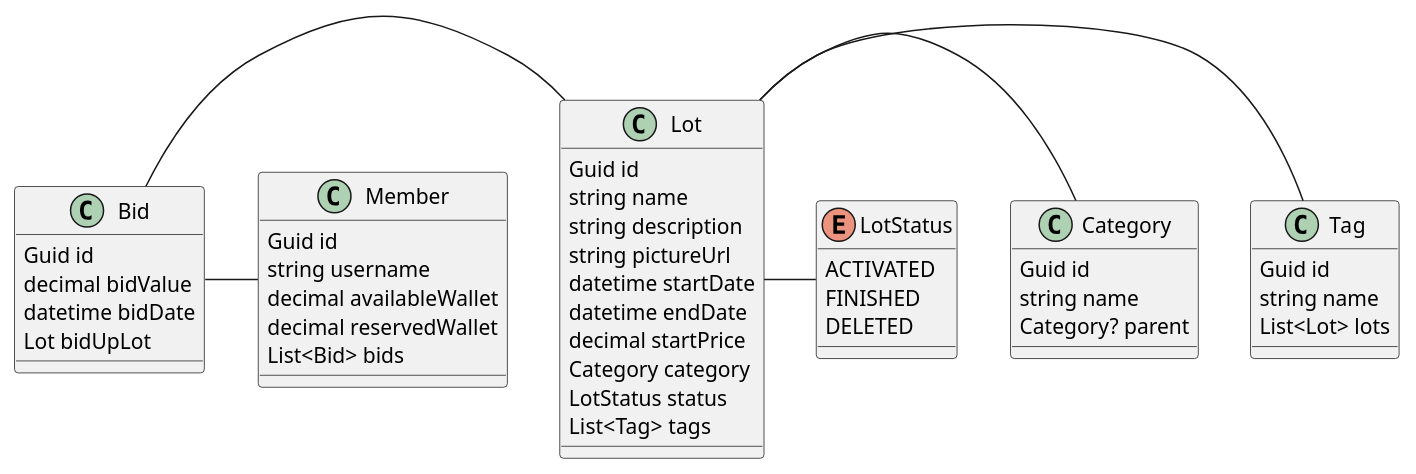
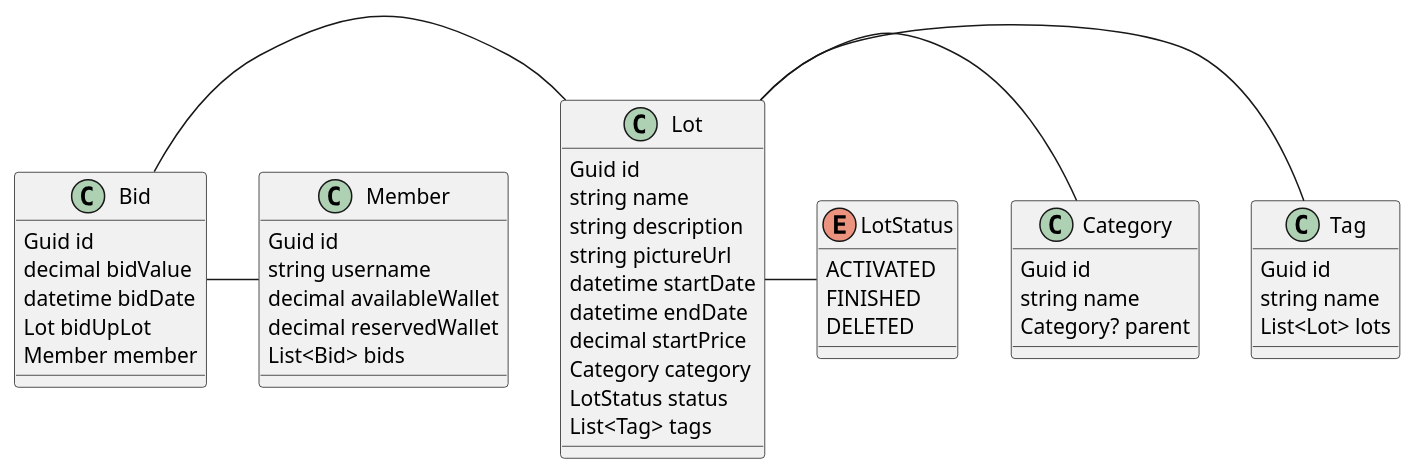
One commit to ETML-ES-LABEFE-SEB-SEB/Backend changed the diagram in docs/class_diagram.puml. Above: the diagram before and after it, drawn with PlantUML. The commit also changed 3 other files, not shown here.

```diff
--- a/docs/class_diagram.puml
+++ b/docs/class_diagram.puml
@@ -1,55 +1,56 @@
 @startuml
 
 class Lot {
     Guid id
     string name
     string description
     string pictureUrl
     datetime startDate
     datetime endDate
     decimal startPrice
     Category category
     LotStatus status
     List<Tag> tags
 }
 
 class Tag {
     Guid id
     string name
     List<Lot> lots
 }
 
 class Category {
     Guid id
     string name
     Category? parent
 }
 
 class Bid {
     Guid id
     decimal bidValue
     datetime bidDate
     Lot bidUpLot
+    Member member
 }
 
 class Member {
     Guid id
     string username
     decimal availableWallet
     decimal reservedWallet
     List<Bid> bids
 }
 
 enum LotStatus {
     ACTIVATED
     FINISHED
     DELETED
 }
 
 Lot - Tag
 Lot - Category
 Bid - Lot
 Bid - Member
 Lot - LotStatus
 
 @enduml
```
